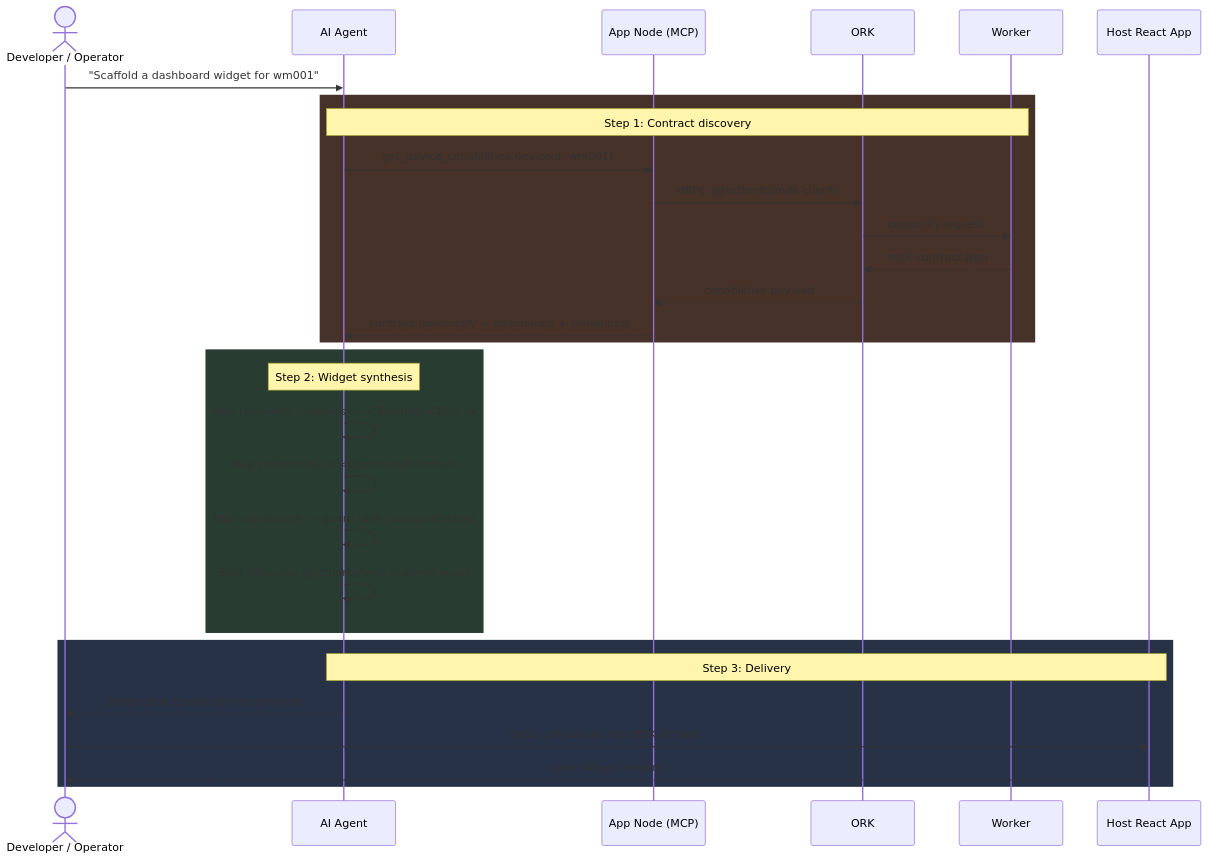
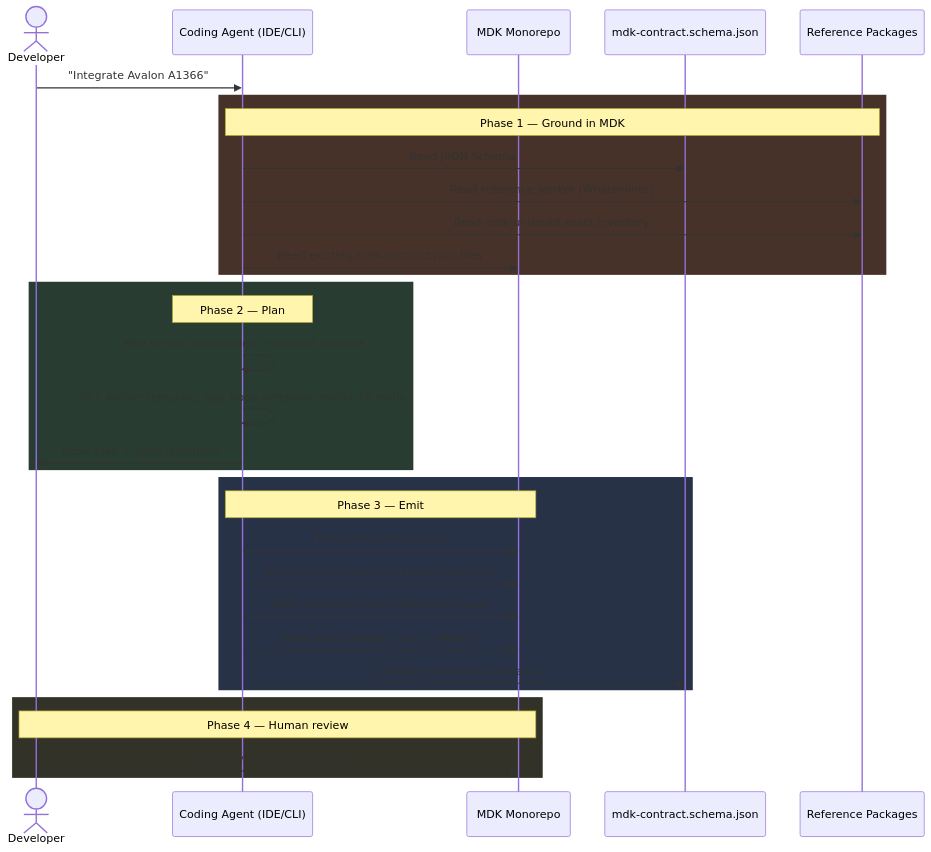
The first of 3 diagrams in docs/hld-agentic-framework.md (Gio-Galt/mdk-be), drawn with Mermaid before and after one commit. The commit also changed other lines of this file and 28 other files, not shown here.

````diff
--- a/docs/hld-agentic-framework.md
+++ b/docs/hld-agentic-framework.md
@@ -36,36 +101,39 @@
 ```mermaid
 sequenceDiagram
-    actor Dev as Developer / Operator
-    participant AI as AI Agent
-    participant MCP as App Node (MCP)
-    participant ORK as ORK
-    participant W as Worker
-    participant Host as Host React App
+    actor Dev as Developer
+    participant IDE as Coding Agent (IDE/CLI)
+    participant Repo as MDK Monorepo
+    participant Schema as mdk-contract.schema.json
+    participant Pkg as Reference Packages
 
-    Dev->>AI: "Scaffold a dashboard widget for wm001"
+    Dev->>IDE: "Integrate Avalon A1366"
 
     rect rgb(70, 50, 40)
-    Note over AI,W: Step 1: Contract discovery
-    AI->>MCP: get_device_capabilities(deviceId: wm001)
-    MCP->>ORK: HRPC (@tetherto/mdk-client)
-    ORK->>W: capability.request
-    W-->>ORK: mdk-contract.json
-    ORK-->>MCP: capabilities payload
-    MCP-->>AI: contract (telemetry + commands + semantics)
+    Note over IDE,Pkg: Phase 1 — Ground in MDK
+    IDE->>Schema: Read JSON Schema
+    IDE->>Pkg: Read reference worker (Whatsminer)
+    IDE->>Pkg: Read mdk-ui-devkit-react inventory
+    IDE->>Repo: Read existing mdk-contract.json files
     end
 
     rect rgb(40, 60, 50)
-    Note over AI: Step 2: Widget synthesis
-    AI->>AI: Map telemetry channels -> <TelemetryChart />
-    AI->>AI: Map commands -> <CommandButton />
-    AI->>AI: Map constraints -> guard rails / disabled states
-    AI->>AI: Emit JSX using @tetherto/mdk-ui-devkit-react
+    Note over IDE: Phase 2 — Plan
+    IDE->>IDE: Map vendor capabilities → contract schema
+    IDE->>IDE: Pick worker template, App-Node extension model, UI mode
+    IDE->>Dev: Show plan + open questions
     end
 
     rect rgb(40, 50, 70)
-    Note over AI,Host: Step 3: Delivery
-    AI-->>Dev: Generated .tsx file (or live preview)
-    Dev->>Host: Drop component into MDK UI Shell
-    Host-->>Dev: Live widget renders
+    Note over IDE,Repo: Phase 3 — Emit
+    IDE->>Repo: Write mdk-contract.json
+    IDE->>Repo: Write src/{hardware,mapping,index}.mjs
+    IDE->>Repo: Write App-Node route / MDK-App Plugin
+    IDE->>Repo: Write React widget (.tsx) — Mode A
+    IDE->>Schema: Validate generated contract ✓
+    end
+
+    rect rgb(50, 50, 40)
+    Note over Dev,Repo: Phase 4 — Human review
+    Dev->>Repo: Diff review, run tests, ship
     end
 ```
````
